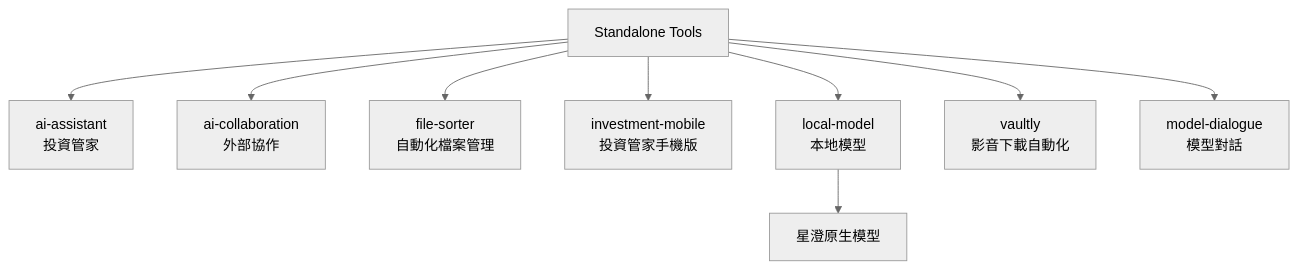
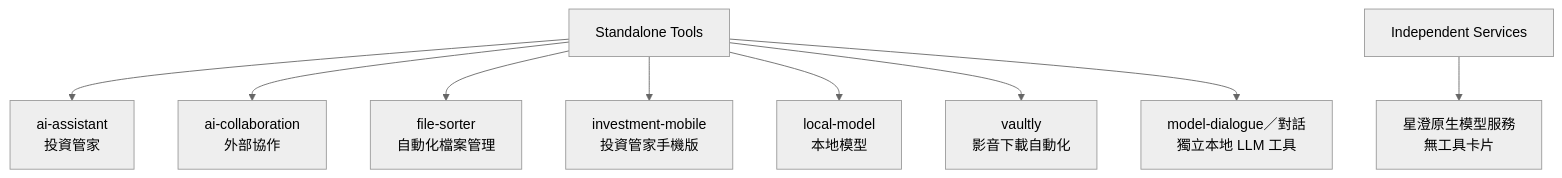
The third of 9 diagrams in governance_rule/codex/architecture-project.md (guilty442-source/GPTBridge), drawn with Mermaid (neutral theme) before and after one commit. The commit also changed other lines of this file and 92 other files, not shown here.

````diff
--- a/governance_rule/codex/architecture-project.md
+++ b/governance_rule/codex/architecture-project.md
@@ -60,12 +60,12 @@
 ```mermaid
 flowchart TB
   ROOT[Standalone Tools]
   ROOT --> T1[ai-assistant<br/>投資管家]
   ROOT --> T2[ai-collaboration<br/>外部協作]
   ROOT --> T3[file-sorter<br/>自動化檔案管理]
   ROOT --> T4[investment-mobile<br/>投資管家手機版]
   ROOT --> T5[local-model<br/>本地模型]
   ROOT --> T6[vaultly<br/>影音下載自動化]
-  ROOT --> T7[model-dialogue<br/>模型對話]
-  T5 --> XC[星澄原生模型]
+  ROOT --> T7[model-dialogue／對話<br/>獨立本地 LLM 工具]
+  SERVICES[Independent Services] --> XC[星澄原生模型服務<br/>無工具卡片]
 ```
````
